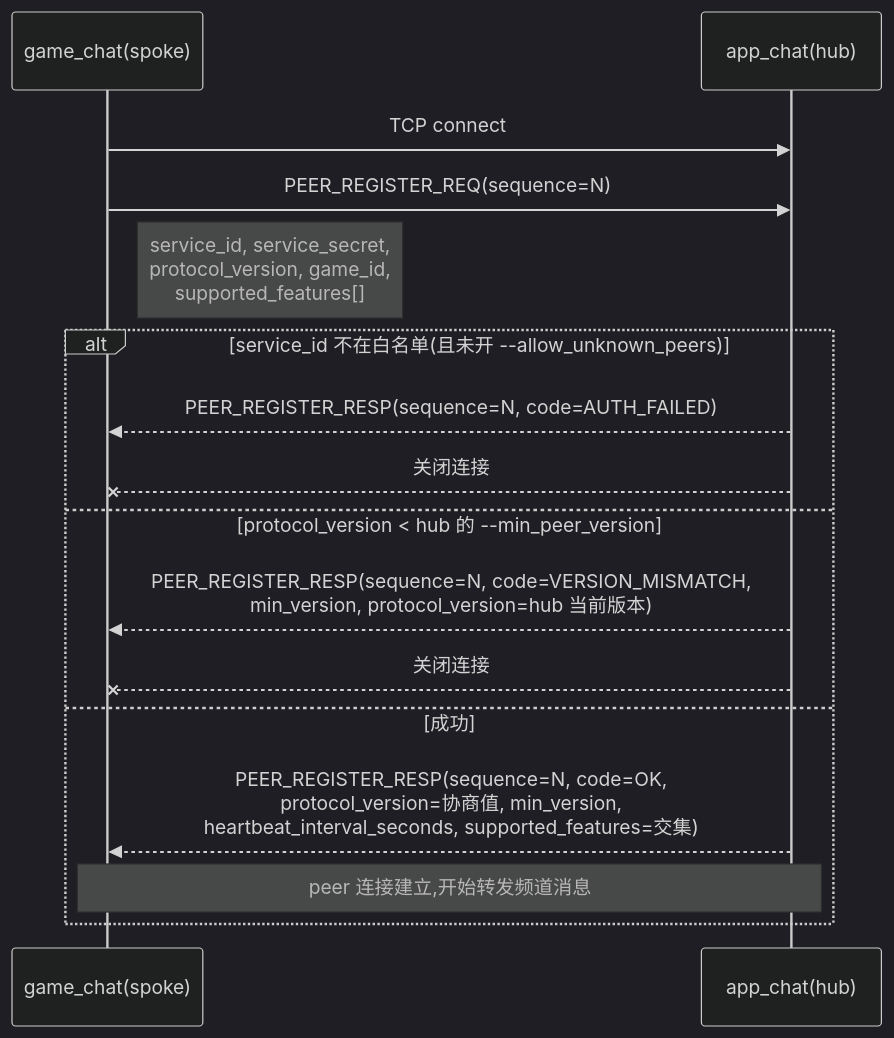
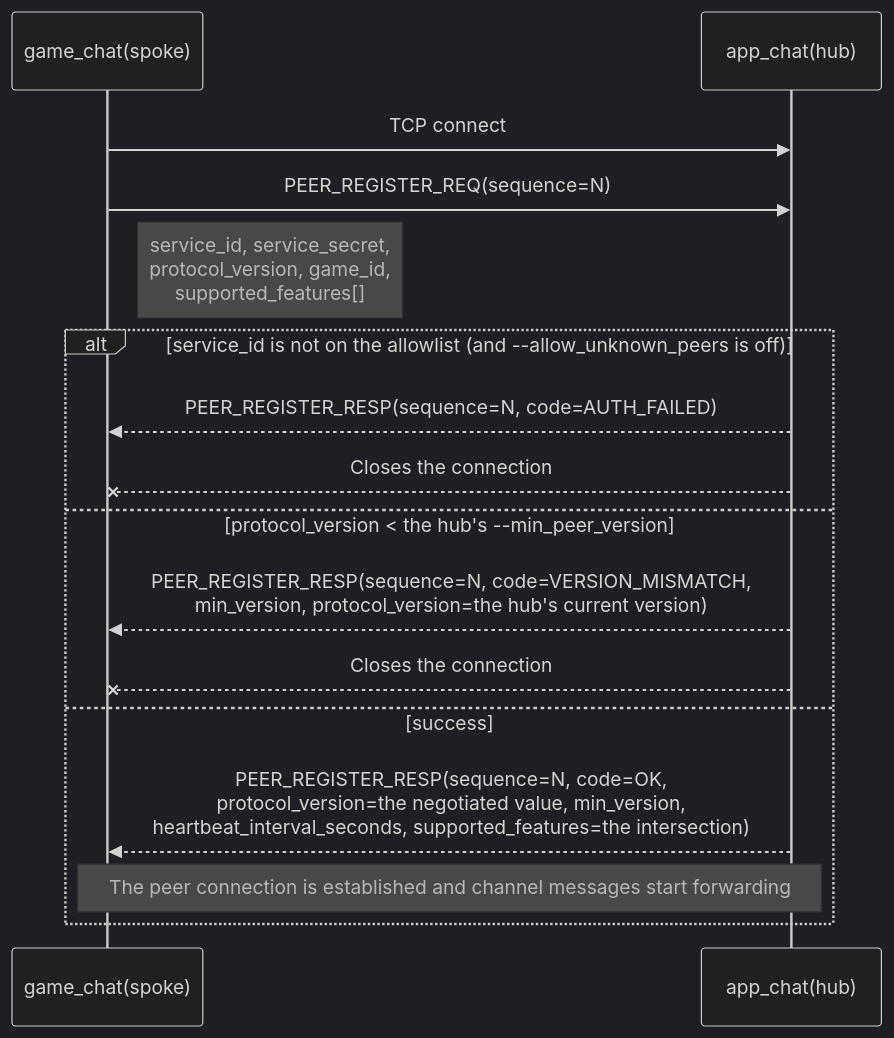
The diagram in docs/api/peer_protocol.md (cuihairu/chirp), drawn with Mermaid (dark theme) before and after one commit. The commit also changed other lines of this file and 146 other files, not shown here.

````diff
--- a/docs/api/peer_protocol.md
+++ b/docs/api/peer_protocol.md
@@ -30,20 +30,20 @@
 ```mermaid
 sequenceDiagram
     participant S as game_chat(spoke)
     participant H as app_chat(hub)
 
     S->>H: TCP connect
     S->>H: PEER_REGISTER_REQ(sequence=N)
     Note right of S: service_id, service_secret,<br/>protocol_version, game_id,<br/>supported_features[]
 
-    alt service_id 不在白名单(且未开 --allow_unknown_peers)
+    alt service_id is not on the allowlist (and --allow_unknown_peers is off)
         H-->>S: PEER_REGISTER_RESP(sequence=N, code=AUTH_FAILED)
-        H--xS: 关闭连接
-    else protocol_version < hub 的 --min_peer_version
-        H-->>S: PEER_REGISTER_RESP(sequence=N, code=VERSION_MISMATCH,<br/>min_version, protocol_version=hub 当前版本)
-        H--xS: 关闭连接
-    else 成功
-        H-->>S: PEER_REGISTER_RESP(sequence=N, code=OK,<br/>protocol_version=协商值, min_version,<br/>heartbeat_interval_seconds, supported_features=交集)
-        Note over S,H: peer 连接建立,开始转发频道消息
+        H--xS: Closes the connection
+    else protocol_version < the hub's --min_peer_version
+        H-->>S: PEER_REGISTER_RESP(sequence=N, code=VERSION_MISMATCH,<br/>min_version, protocol_version=the hub's current version)
+        H--xS: Closes the connection
+    else success
+        H-->>S: PEER_REGISTER_RESP(sequence=N, code=OK,<br/>protocol_version=the negotiated value, min_version,<br/>heartbeat_interval_seconds, supported_features=the intersection)
+        Note over S,H: The peer connection is established and channel messages start forwarding
     end
 ```
````
